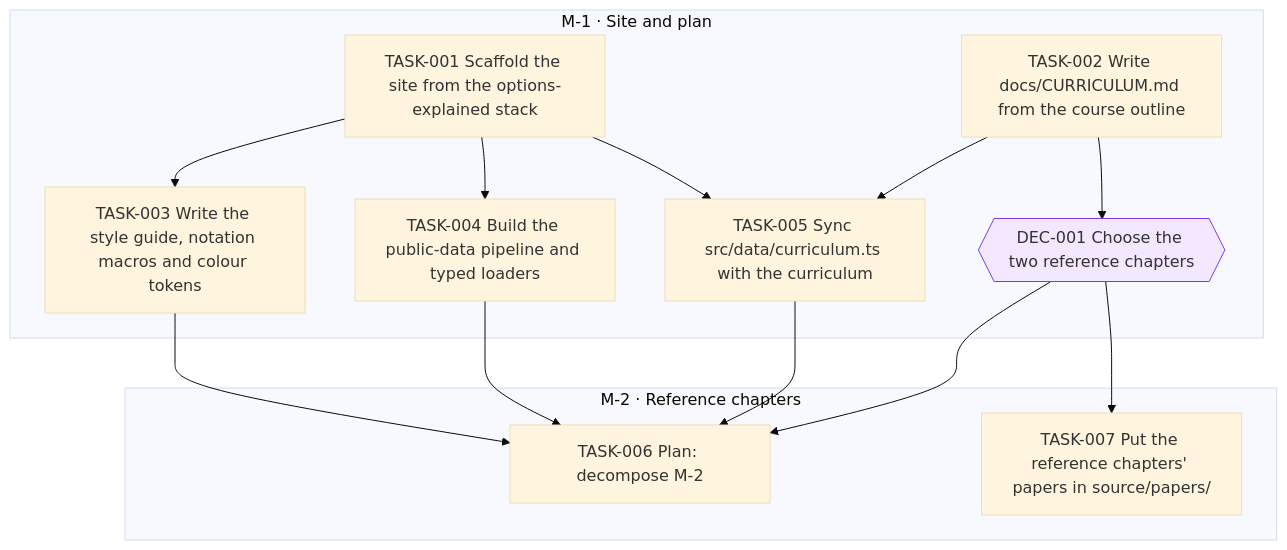
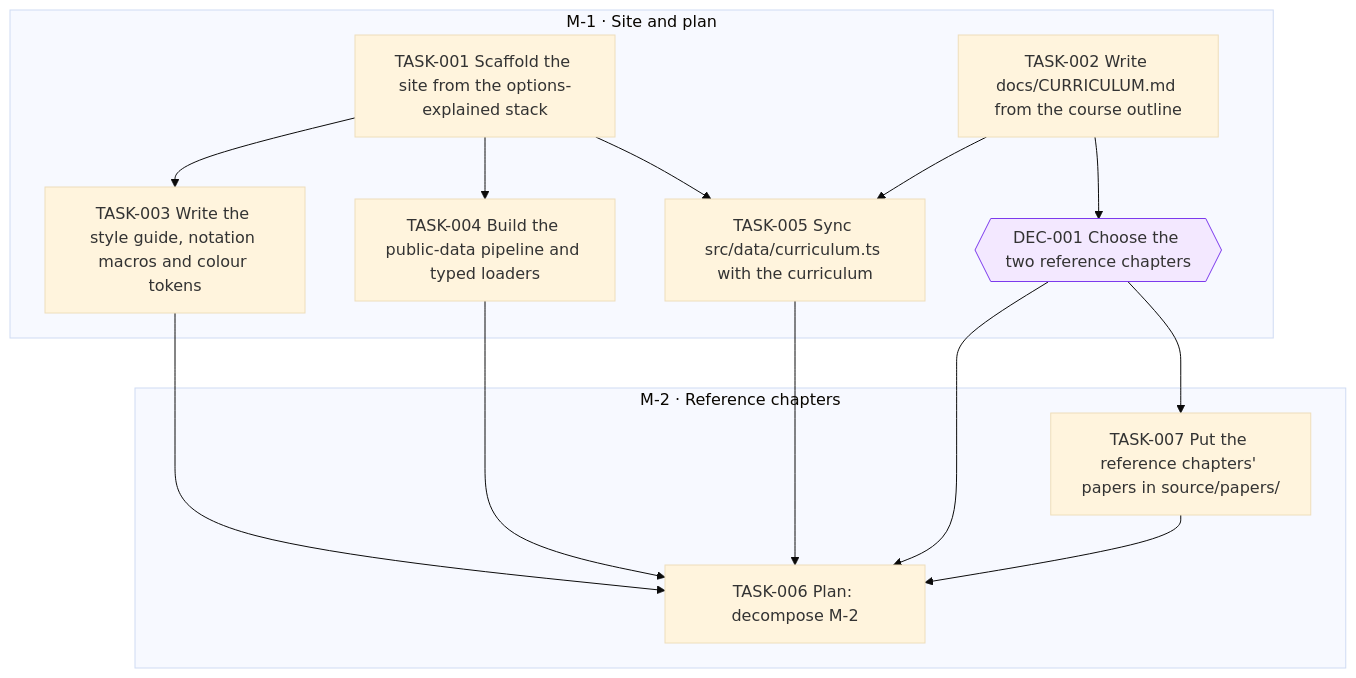
The diagram in goals/course-site/README.md (all-explained/empirical-finance-lbs), drawn with Mermaid (base theme) before and after one commit. The commit also changed 1 other file, not shown here.

Commit message:
goal(course-site): link TASK-006 after TASK-007

````diff
--- a/goals/course-site/README.md
+++ b/goals/course-site/README.md
@@ -19,29 +19,30 @@
 ```mermaid
 flowchart TD
   subgraph M_1["M-1 · Site and plan"]
     DEC_001{{"DEC-001 Choose the two reference chapters"}}
     TASK_001["TASK-001 Scaffold the site from the options-explained stack"]
     TASK_002["TASK-002 Write docs/CURRICULUM.md from the course outline"]
     TASK_003["TASK-003 Write the style guide, notation macros and colour tokens"]
     TASK_004["TASK-004 Build the public-data pipeline and typed loaders"]
     TASK_005["TASK-005 Sync src/data/curriculum.ts with the curriculum"]
   end
   subgraph M_2["M-2 · Reference chapters"]
     TASK_006["TASK-006 Plan: decompose M-2"]
     TASK_007["TASK-007 Put the reference chapters' papers in source/papers/"]
   end
   TASK_002 --> DEC_001
   TASK_001 --> TASK_003
   TASK_001 --> TASK_004
   TASK_001 --> TASK_005
   TASK_002 --> TASK_005
   TASK_003 --> TASK_006
   TASK_004 --> TASK_006
   TASK_005 --> TASK_006
   DEC_001 --> TASK_006
+  TASK_007 --> TASK_006
   DEC_001 --> TASK_007
   classDef draft stroke-dasharray: 4 3
   classDef cancelled opacity:0.45
   classDef decision fill:#f3e8ff,stroke:#7c3aed
   class DEC_001 decision
 ```
````
